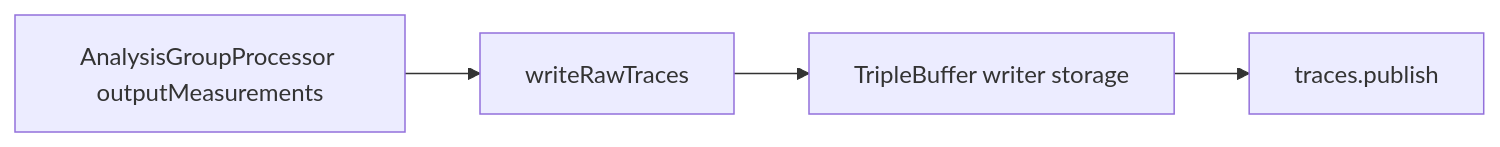
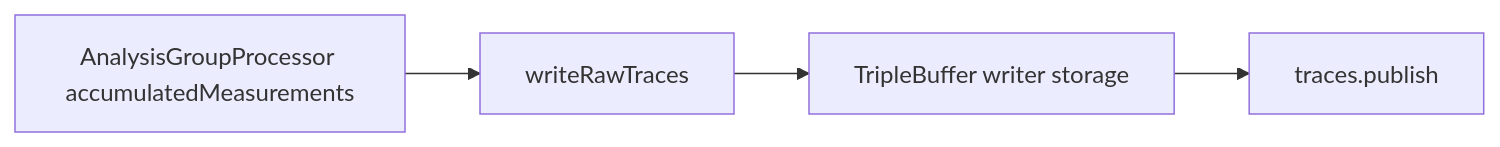
The seventh of 8 diagrams in docs/audio-processing-architecture.md (Silenterc/Band-Spectrum-Analyzer), drawn with Mermaid before and after one commit. The commit also changed other lines of this file and 8 other files, not shown here.

````diff
--- a/docs/audio-processing-architecture.md
+++ b/docs/audio-processing-architecture.md
@@ -180,6 +189,6 @@
 ```mermaid
 flowchart LR
-    ProcessorState[AnalysisGroupProcessor outputMeasurements] --> Write[writeRawTraces]
+    ProcessorState[AnalysisGroupProcessor accumulatedMeasurements] --> Write[writeRawTraces]
     Write --> Writer[TripleBuffer writer storage]
     Writer --> Publish[traces.publish]
 ```
````
